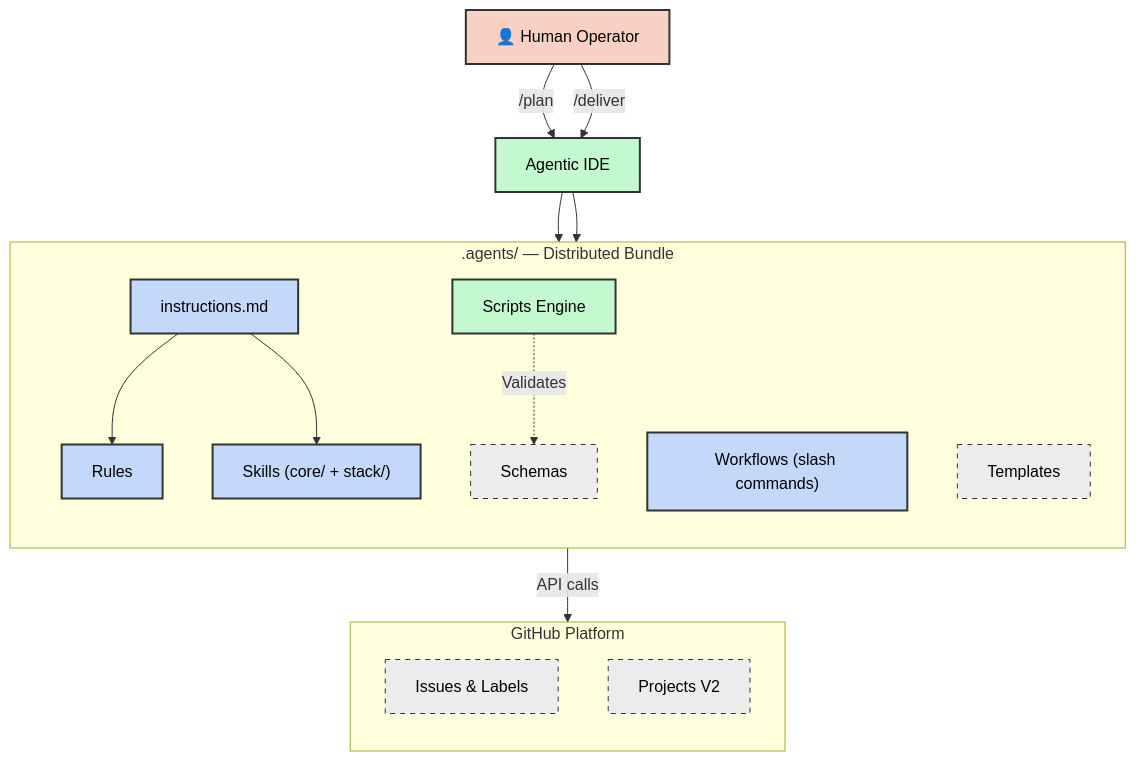
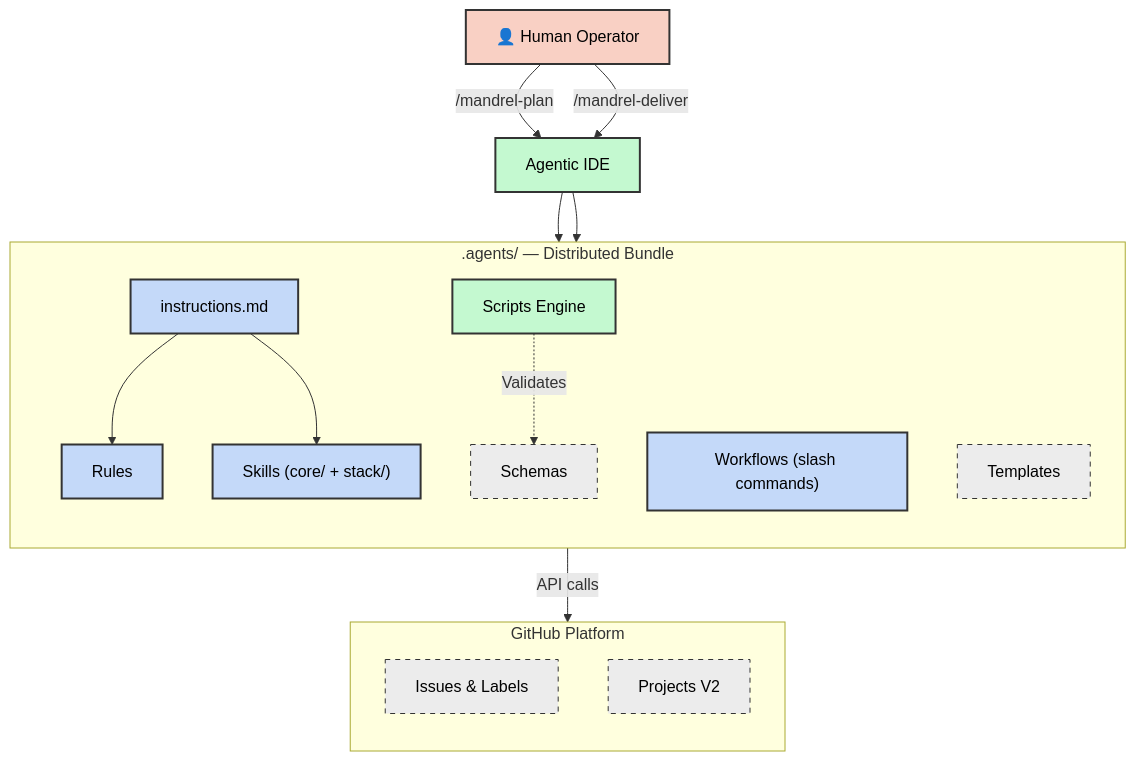
The first of 6 diagrams in docs/architecture.md (dsj1984/agent-protocols), drawn with Mermaid before and after one commit. The commit also changed other lines of this file and 221 other files, not shown here.

First line of the commit message:
feat!: rename /plan and /deliver to /mandrel-plan and /mandrel-deliver (#5126) (#5127)

````diff
--- a/docs/architecture.md
+++ b/docs/architecture.md
@@ -37,35 +37,35 @@
 ```mermaid
 graph TB
     classDef human fill:#f9d0c4,stroke:#333,stroke-width:2px,color:#000
     classDef agent fill:#c4f9d0,stroke:#333,stroke-width:2px,color:#000
     classDef infra fill:#c4d9f9,stroke:#333,stroke-width:2px,color:#000
     classDef data fill:#ececec,stroke:#333,stroke-width:1px,stroke-dasharray: 5 5,color:#000
 
     H["👤 Human Operator"]:::human
     IDE["Agentic IDE"]:::agent
 
     subgraph Framework [".agents/ — Distributed Bundle"]
         direction TB
         INS["instructions.md"]:::infra
         RUL["Rules"]:::infra
         SKL["Skills (core/ + stack/)"]:::infra
         WFL["Workflows (slash commands)"]:::infra
         SCR["Scripts Engine"]:::agent
         SCH["Schemas"]:::data
         TPL["Templates"]:::data
     end
 
     subgraph GitHub ["GitHub Platform"]
         direction TB
         ISS["Issues & Labels"]:::data
         PRJ["Projects V2"]:::data
     end
 
-    H -->|"/plan"| IDE
-    H -->|"/deliver"| IDE
+    H -->|"/mandrel-plan"| IDE
+    H -->|"/mandrel-deliver"| IDE
     IDE --> INS
     INS --> RUL & SKL
     IDE --> SCR
     SCR -->|"API calls"| ISS
     SCR -.->|"Validates"| SCH
 ```
````
